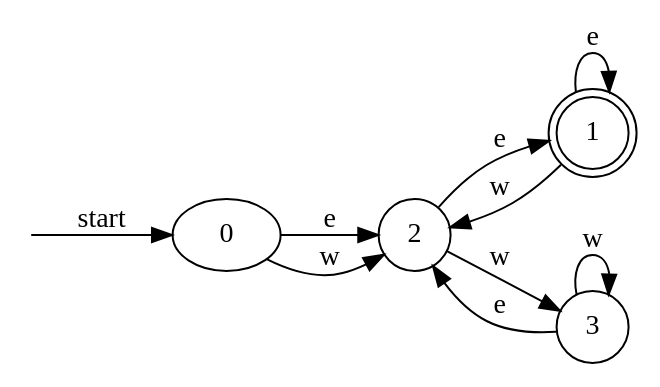
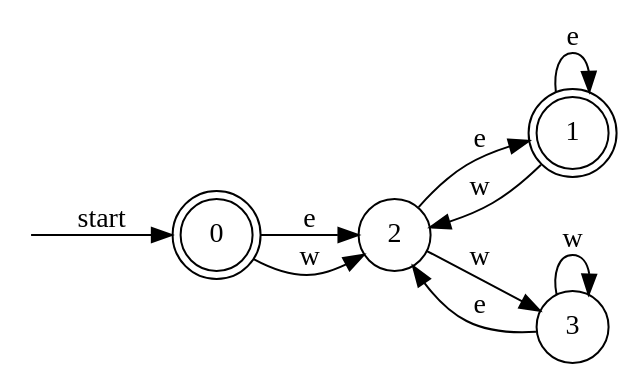
Before and after one commit to jonathanvdc/automata-generator: the diagram in examples/mssc/ex2/minimized.dot, drawn with Graphviz. The commit also changed 331 other files, not shown here.

```diff
--- a/examples/mssc/ex2/minimized.dot
+++ b/examples/mssc/ex2/minimized.dot
@@ -1,15 +1,15 @@
 digraph dfa {
     rankdir = LR;
-    __start [style = invis, shape = point];
+    node [shape = doublecircle];    __start [style = invis, shape = point];
     __start -> "0" [ label = "start" ];
     node [shape = doublecircle]; "0" "1"
     node [shape = circle];
     "0" -> "2" [ label = "e" ];
     "0" -> "2" [ label = "w" ];
     "2" -> "1" [ label = "e" ];
     "2" -> "3" [ label = "w" ];
     "1" -> "1" [ label = "e" ];
     "1" -> "2" [ label = "w" ];
     "3" -> "2" [ label = "e" ];
     "3" -> "3" [ label = "w" ];
 }
```
